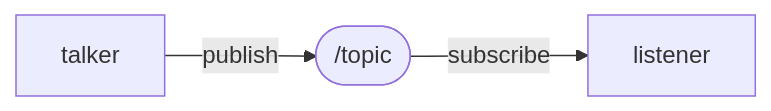
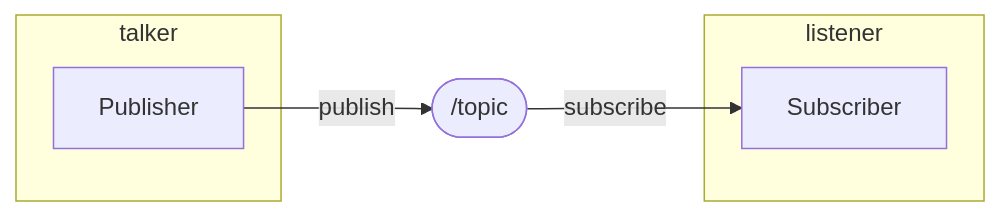
One commit to Harlequinade1123/ros1-tutorials changed the first of 3 diagrams in docs/05_service.md. Above: the diagram before and after it, drawn with Mermaid. The commit also changed other lines of this file, not shown here.

Commit message:
docs: add Publisher/Subscriber and Client/Server subgraphs to comparison diagrams in ch.5

````diff
--- a/docs/05_service.md
+++ b/docs/05_service.md
@@ -21,5 +21,12 @@
 ```mermaid
 graph LR
-    talker["talker"] -->|"publish"| topic(["/topic"])
-    topic -->|"subscribe"| listener["listener"]
+    subgraph talkerNode ["talker"]
+        pub["Publisher"]
+    end
+    topic(["/topic"])
+    subgraph listenerNode ["listener"]
+        sub["Subscriber"]
+    end
+    pub -->|"publish"| topic
+    topic -->|"subscribe"| sub
 ```
````
